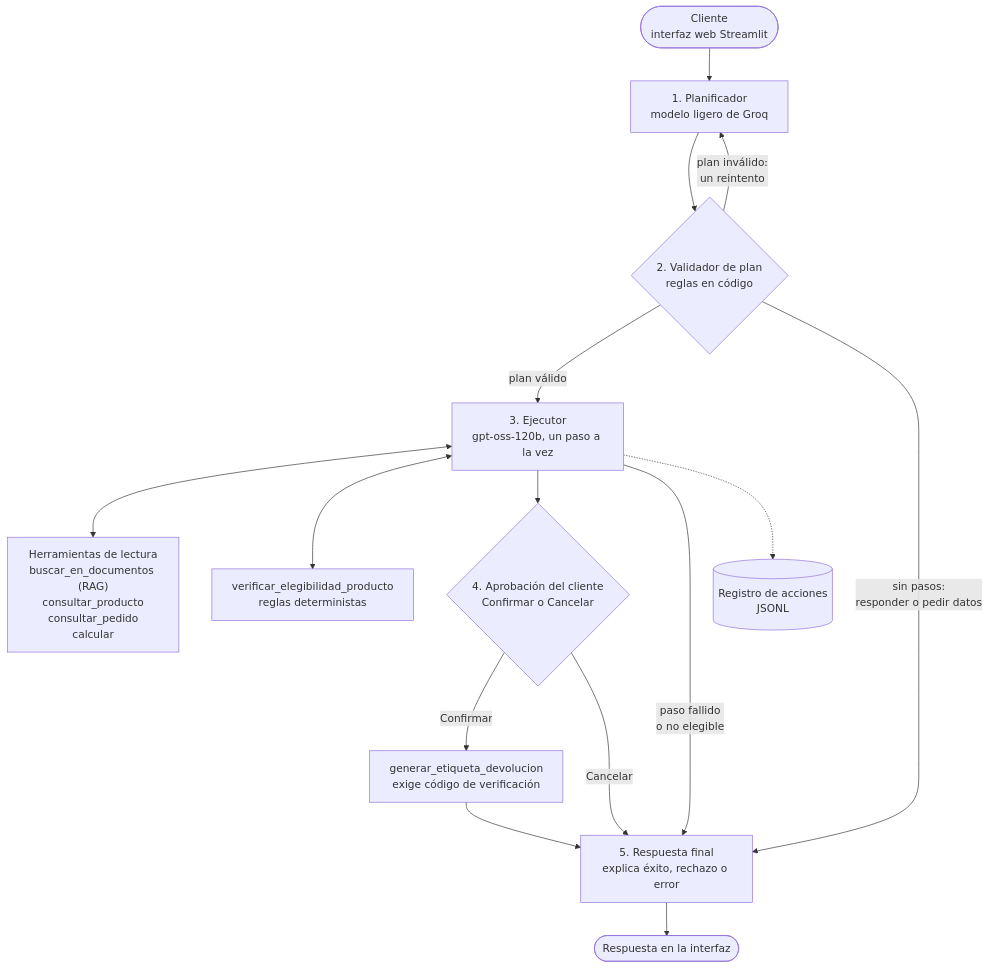
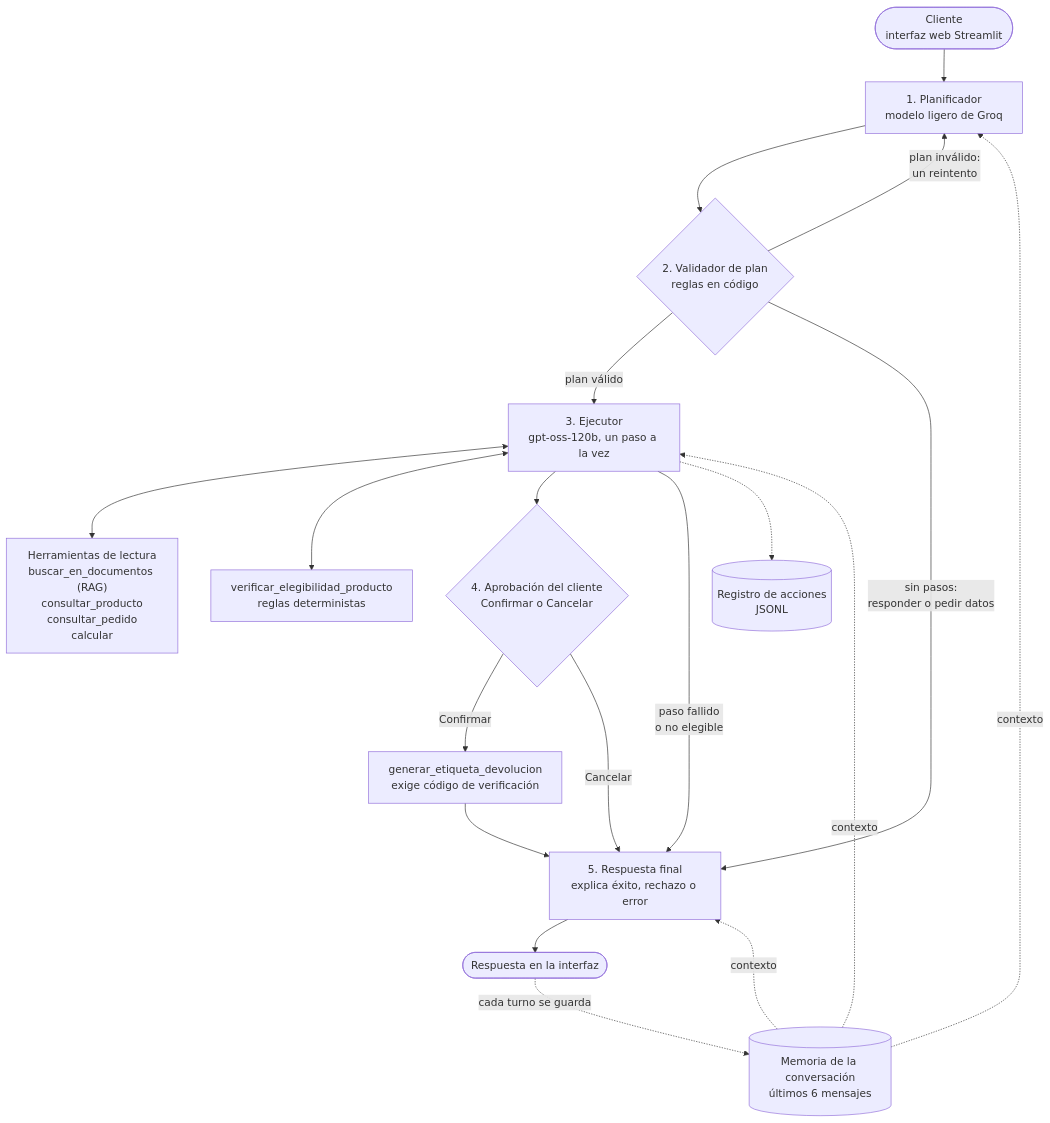
One commit to 1KVueltasAlCampo/ecomarket-genai-workshop-1 changed the diagram in proyecto-final/diagramas/arquitectura.mmd. Above: the diagram before and after it, drawn with Mermaid. The commit also changed 6 other files, not shown here.

Commit message:
Agrega la memoria de la conversación a los diagramas y a la Fase 1

```diff
--- a/proyecto-final/diagramas/arquitectura.mmd
+++ b/proyecto-final/diagramas/arquitectura.mmd
@@ -1,15 +1,19 @@
 flowchart TD
     U(["Cliente<br/>interfaz web Streamlit"]) --> PL["1. Planificador<br/>modelo ligero de Groq"]
     PL --> VA{"2. Validador de plan<br/>reglas en código"}
     VA -- "plan inválido:<br/>un reintento" --> PL
     VA -- "plan válido" --> EJ["3. Ejecutor<br/>gpt-oss-120b, un paso a la vez"]
     VA -- "sin pasos:<br/>responder o pedir datos" --> RF
     EJ <--> HL["Herramientas de lectura<br/>buscar_en_documentos (RAG)<br/>consultar_producto<br/>consultar_pedido<br/>calcular"]
     EJ <--> VE["verificar_elegibilidad_producto<br/>reglas deterministas"]
     EJ --> AP{"4. Aprobación del cliente<br/>Confirmar o Cancelar"}
     AP -- Confirmar --> GE["generar_etiqueta_devolucion<br/>exige código de verificación"]
     AP -- Cancelar --> RF
     EJ -- "paso fallido<br/>o no elegible" --> RF
     GE --> RF["5. Respuesta final<br/>explica éxito, rechazo o error"]
     RF --> FIN(["Respuesta en la interfaz"])
     EJ -.-> LOG[("Registro de acciones<br/>JSONL")]
+    FIN -. "cada turno se guarda" .-> MEM[("Memoria de la conversación<br/>últimos 6 mensajes")]
+    MEM -. "contexto" .-> PL
+    MEM -. "contexto" .-> EJ
+    MEM -. "contexto" .-> RF
```
